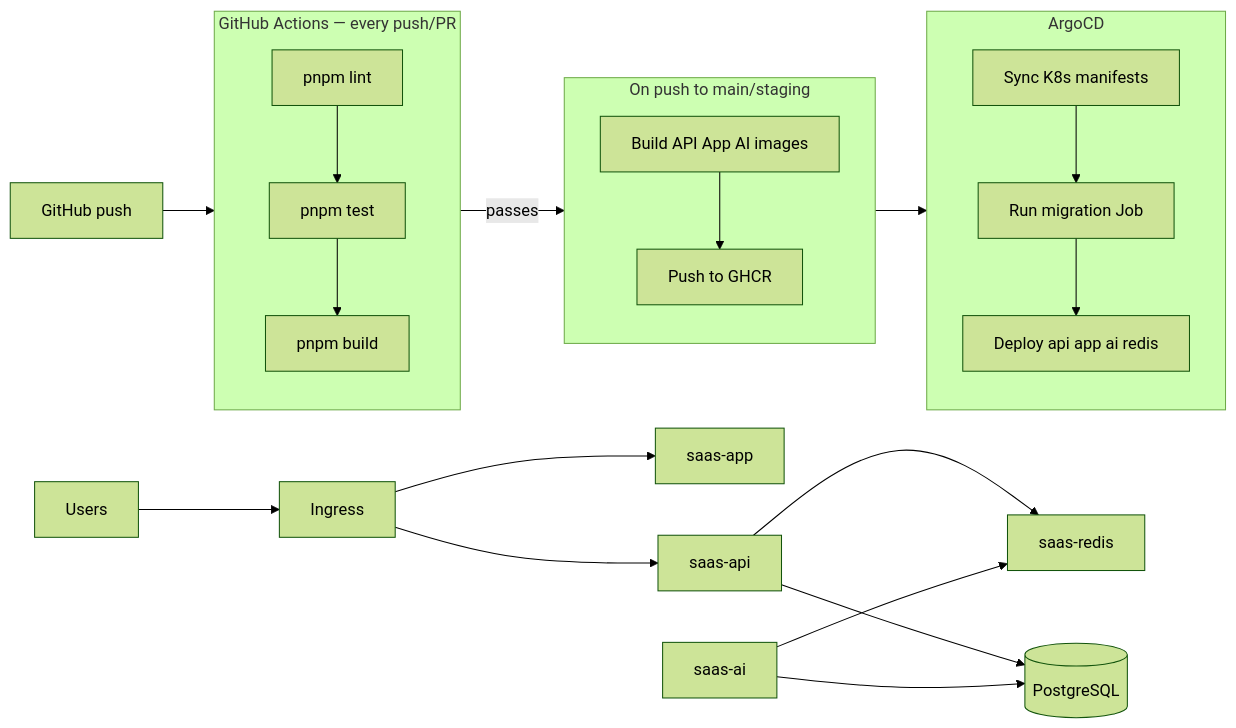
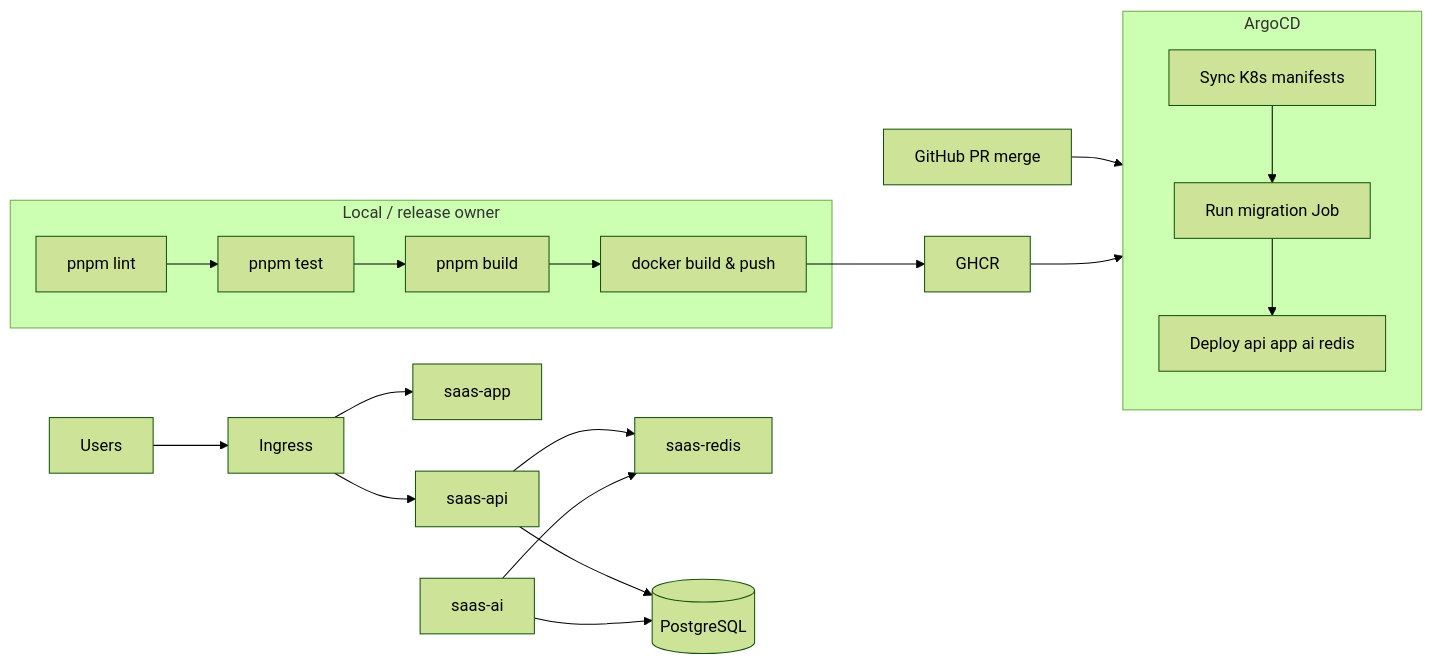
Before and after one commit to mansourhaa/matchyplus-site-test-front-end: the diagram in doc/setup/deployment.md, drawn with Mermaid (forest theme). The commit also changed other lines of this file and 13 other files, not shown here.

First line of the commit message:
chore: remove GitHub Actions; rely on local checks

````diff
--- a/doc/setup/deployment.md
+++ b/doc/setup/deployment.md
@@ -11,33 +11,28 @@
 ```mermaid
 flowchart LR
-    subgraph CI["GitHub Actions — every push/PR"]
+    subgraph Local["Local / release owner"]
         Lint[pnpm lint]
         Test[pnpm test]
         Build[pnpm build]
-        Lint --> Test --> Build
-    end
-
-    subgraph CD["On push to main/staging"]
-        Docker[Build API App AI images]
-        Push[Push to GHCR]
-        Docker --> Push
+        Docker[docker build & push]
+        Lint --> Test --> Build --> Docker
     end
 
     subgraph GitOps["ArgoCD"]
         Sync[Sync K8s manifests]
         Migrate[Run migration Job]
         Rollout[Deploy api app ai redis]
         Sync --> Migrate --> Rollout
     end
 
-    Git[GitHub push] --> CI
-    CI -->|passes| CD
-    CD --> GitOps
+    Docker --> GHCR[GHCR]
+    Git[GitHub PR merge] --> GitOps
+    GHCR --> GitOps
     Users[Users] --> Ingress[Ingress]
     Ingress --> AppPod[saas-app]
     Ingress --> ApiPod[saas-api]
     ApiPod --> RedisPod[saas-redis]
     AiPod[saas-ai] --> RedisPod
     ApiPod --> PG[(PostgreSQL)]
     AiPod --> PG
 ```
````
